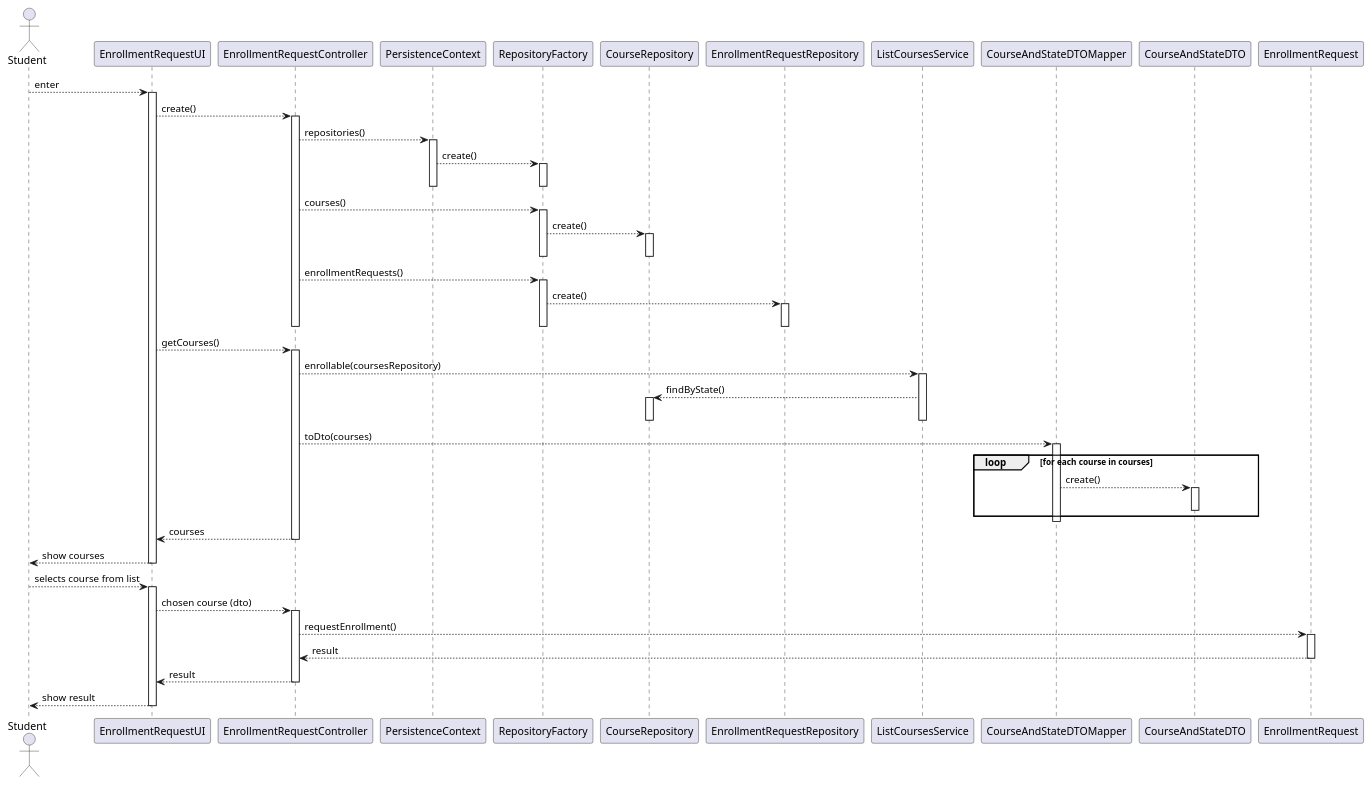
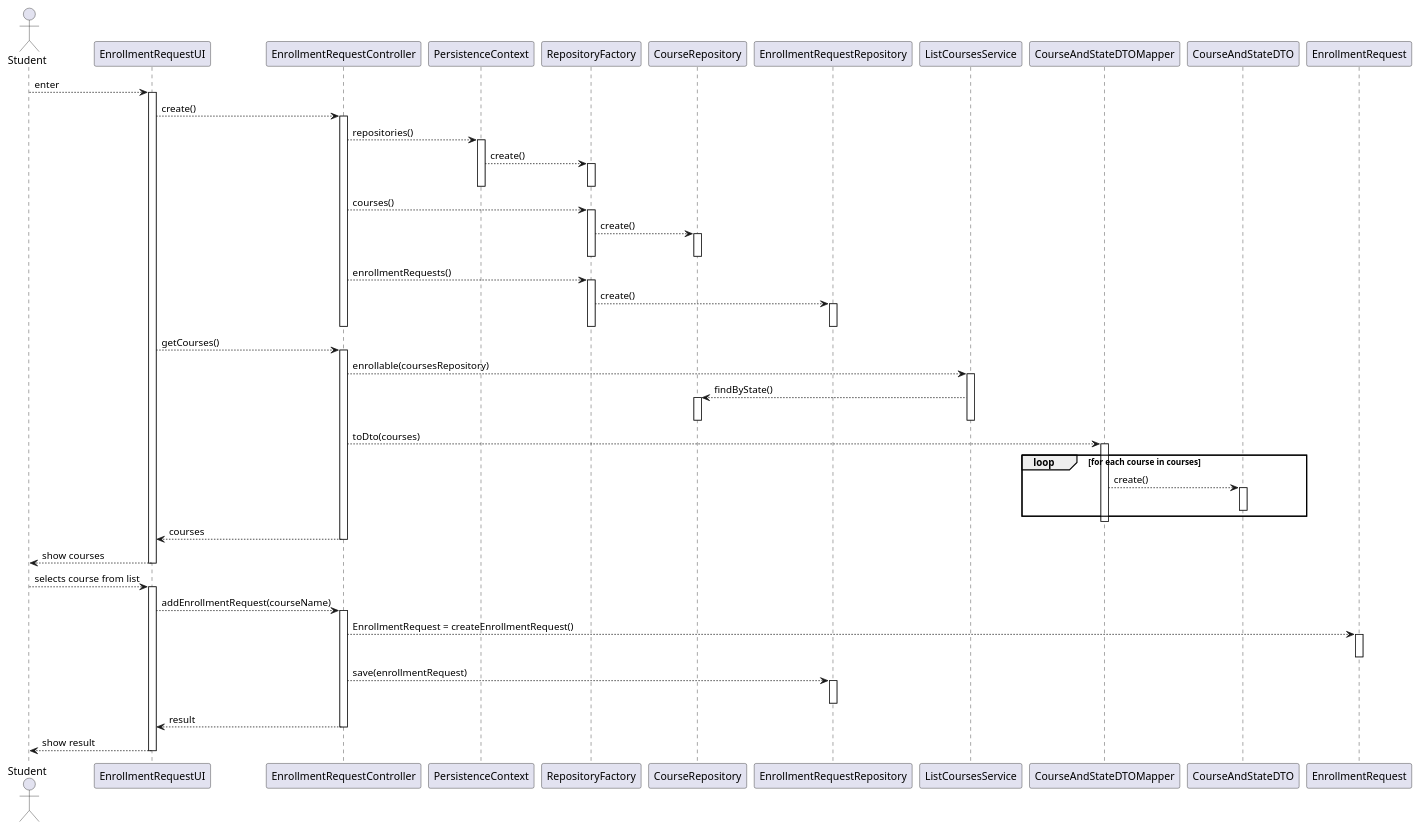
The diagram in docs/us_1008/sd.puml (jovami/isep-lapr4), drawn with PlantUML before and after one commit.

Commit message:
fix(us_1008): fixed the documentation for enrollment requests
was not saving to the repository in the previous version of the sd

```diff
--- a/docs/us_1008/sd.puml
+++ b/docs/us_1008/sd.puml
@@ -1,83 +1,86 @@
 @startuml
 
 actor Student as user
 participant EnrollmentRequestUI as ui
 participant EnrollmentRequestController as ctrl
 
 participant PersistenceContext as ctx
 participant RepositoryFactory as rep_fac
 participant CourseRepository as course_repo
 participant EnrollmentRequestRepository as enrollment_request_repo
 
-participant ListCoursesService as svc
+participant ListCoursesService as courses_svc
 
 participant CourseAndStateDTOMapper as mapper
 participant CourseAndStateDTO as dto
 
 participant EnrollmentRequest as enrollment_request
 
 user --> ui: enter
 
 activate ui
     ui --> ctrl: create()
     activate ctrl
         ctrl --> ctx: repositories()
         activate ctx
             ctx --> rep_fac: create()
             activate rep_fac
             deactivate rep_fac
         deactivate ctx
 
         ctrl --> rep_fac: courses()
         activate rep_fac
             rep_fac --> course_repo: create()
             activate course_repo
             deactivate course_repo
         deactivate rep_fac
         ctrl --> rep_fac : enrollmentRequests()
         activate rep_fac
             rep_fac --> enrollment_request_repo: create()
             activate enrollment_request_repo
             deactivate enrollment_request_repo
         deactivate rep_fac
     deactivate ctrl
 
     ui --> ctrl: getCourses()
     activate ctrl
-        ctrl --> svc: enrollable(coursesRepository)
-        activate svc
-            svc --> course_repo: findByState()
+        ctrl --> courses_svc: enrollable(coursesRepository)
+        activate courses_svc
+            courses_svc --> course_repo: findByState()
             activate course_repo
             deactivate course_repo
-        deactivate svc
+        deactivate courses_svc
 
         ctrl --> mapper: toDto(courses)
         activate mapper
             loop for each course in courses
                 mapper --> dto: create()
                 activate dto
                 deactivate dto
             end loop
         deactivate mapper
-
         ctrl --> ui: courses
     deactivate ctrl
+
 
     ui --> user: show courses
 deactivate ui
 
 user --> ui: selects course from list
 activate ui
-    ui --> ctrl: chosen course (dto)
+    ui --> ctrl: addEnrollmentRequest(courseName)
     activate ctrl
-        ctrl ---> enrollment_request: requestEnrollment()
+        ctrl ---> enrollment_request: EnrollmentRequest = createEnrollmentRequest()
         activate enrollment_request
-            enrollment_request --> ctrl: result
         deactivate enrollment_request
+
+        ctrl --> enrollment_request_repo: save(enrollmentRequest)
+        activate enrollment_request_repo
+        deactivate enrollment_request_repo
 
         ctrl --> ui: result
     deactivate ctrl
 
     ui --> user: show result
 deactivate ui
 @enduml
```
